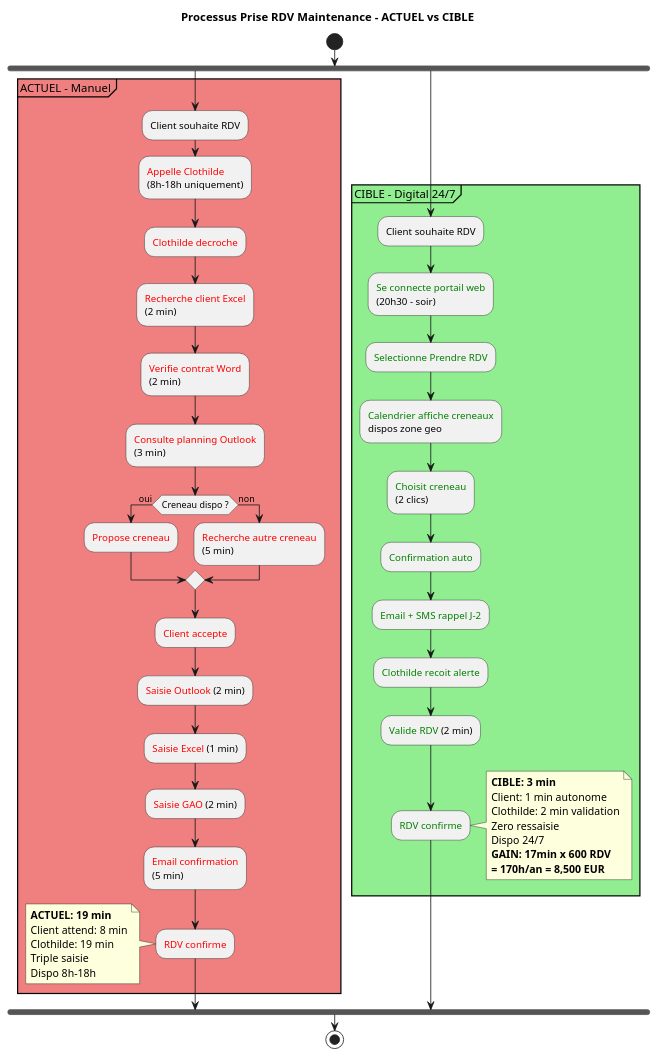
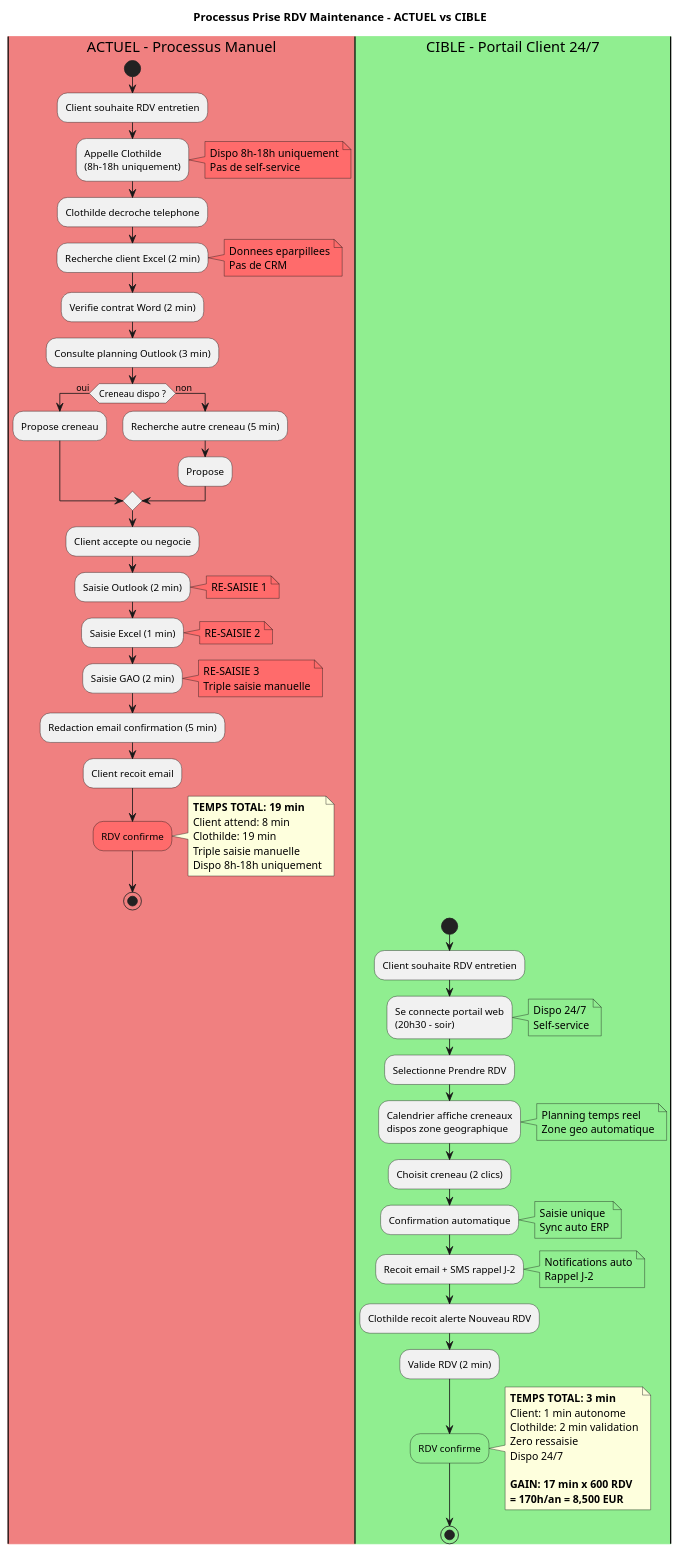
Before and after one commit to JordanSerafini/Audit_Duret: the diagram in Maintenance-Technique/uml/02_activity_prise_rdv.puml, drawn with PlantUML. The commit also changed 1 other file, not shown here.

```diff
--- a/Maintenance-Technique/uml/02_activity_prise_rdv.puml
+++ b/Maintenance-Technique/uml/02_activity_prise_rdv.puml
@@ -1,64 +1,104 @@
 @startuml Activity_Prise_RDV
 
 title Processus Prise RDV Maintenance - ACTUEL vs CIBLE
 
+|#LightCoral|ACTUEL - Processus Manuel|
 start
+:Client souhaite RDV entretien;
+:Appelle Clothilde\n(8h-18h uniquement);
+note right #FF6B6B
+  Dispo 8h-18h uniquement
+  Pas de self-service
+end note
 
-fork
-  partition "ACTUEL - Manuel" #LightCoral {
-    :Client souhaite RDV;
-    :<color:red>Appelle Clothilde</color>\n(8h-18h uniquement);
-    :<color:red>Clothilde decroche</color>;
-    :<color:red>Recherche client Excel</color>\n(2 min);
-    :<color:red>Verifie contrat Word</color>\n(2 min);
-    :<color:red>Consulte planning Outlook</color>\n(3 min);
+:Clothilde decroche telephone;
+:Recherche client Excel (2 min);
+note right #FF6B6B
+  Donnees eparpillees
+  Pas de CRM
+end note
 
-    if (Creneau dispo ?) then (oui)
-      :<color:red>Propose creneau</color>;
-    else (non)
-      :<color:red>Recherche autre creneau</color>\n(5 min);
-    endif
+:Verifie contrat Word (2 min);
+:Consulte planning Outlook (3 min);
 
-    :<color:red>Client accepte</color>;
-    :<color:red>Saisie Outlook</color> (2 min);
-    :<color:red>Saisie Excel</color> (1 min);
-    :<color:red>Saisie GAO</color> (2 min);
-    :<color:red>Email confirmation</color>\n(5 min);
-    :<color:red>RDV confirme</color>;
+if (Creneau dispo ?) then (oui)
+  :Propose creneau;
+else (non)
+  :Recherche autre creneau (5 min);
+  :Propose;
+endif
 
-    note left
-      **ACTUEL: 19 min**
-      Client attend: 8 min
-      Clothilde: 19 min
-      Triple saisie
-      Dispo 8h-18h
-    end note
-  }
-fork again
-  partition "CIBLE - Digital 24/7" #LightGreen {
-    :Client souhaite RDV;
-    :<color:green>Se connecte portail web</color>\n(20h30 - soir);
-    :<color:green>Selectionne Prendre RDV</color>;
-    :<color:green>Calendrier affiche creneaux</color>\ndispos zone geo;
-    :<color:green>Choisit creneau</color>\n(2 clics);
-    :<color:green>Confirmation auto</color>;
-    :<color:green>Email + SMS rappel J-2</color>;
-    :<color:green>Clothilde recoit alerte</color>;
-    :<color:green>Valide RDV</color> (2 min);
-    :<color:green>RDV confirme</color>;
+:Client accepte ou negocie;
+:Saisie Outlook (2 min);
+note right #FF6B6B
+  RE-SAISIE 1
+end note
 
-    note right
-      **CIBLE: 3 min**
-      Client: 1 min autonome
-      Clothilde: 2 min validation
-      Zero ressaisie
-      Dispo 24/7
-      **GAIN: 17min x 600 RDV**
-      **= 170h/an = 8,500 EUR**
-    end note
-  }
-end fork
+:Saisie Excel (1 min);
+note right #FF6B6B
+  RE-SAISIE 2
+end note
 
+:Saisie GAO (2 min);
+note right #FF6B6B
+  RE-SAISIE 3
+  Triple saisie manuelle
+end note
+
+:Redaction email confirmation (5 min);
+:Client recoit email;
+#FF6B6B:RDV confirme;
+note right
+  **TEMPS TOTAL: 19 min**
+  Client attend: 8 min
+  Clothilde: 19 min
+  Triple saisie manuelle
+  Dispo 8h-18h uniquement
+end note
+stop
+
+|#LightGreen|CIBLE - Portail Client 24/7|
+start
+:Client souhaite RDV entretien;
+:Se connecte portail web\n(20h30 - soir);
+note right #90EE90
+  Dispo 24/7
+  Self-service
+end note
+
+:Selectionne Prendre RDV;
+:Calendrier affiche creneaux\ndispos zone geographique;
+note right #90EE90
+  Planning temps reel
+  Zone geo automatique
+end note
+
+:Choisit creneau (2 clics);
+:Confirmation automatique;
+note right #90EE90
+  Saisie unique
+  Sync auto ERP
+end note
+
+:Recoit email + SMS rappel J-2;
+note right #90EE90
+  Notifications auto
+  Rappel J-2
+end note
+
+:Clothilde recoit alerte Nouveau RDV;
+:Valide RDV (2 min);
+#90EE90:RDV confirme;
+note right
+  **TEMPS TOTAL: 3 min**
+  Client: 1 min autonome
+  Clothilde: 2 min validation
+  Zero ressaisie
+  Dispo 24/7
+
+  **GAIN: 17 min x 600 RDV**
+  **= 170h/an = 8,500 EUR**
+end note
 stop
 
 @enduml
```
